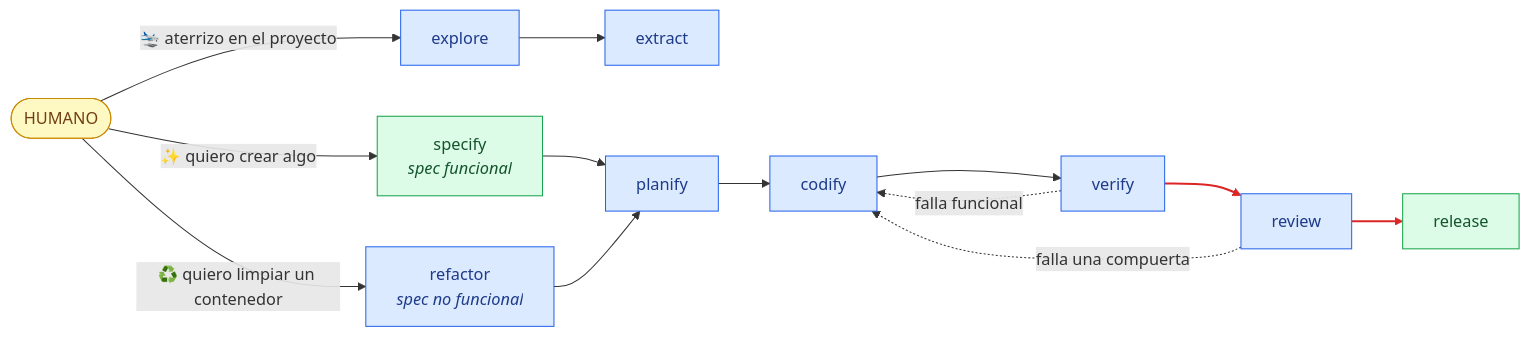
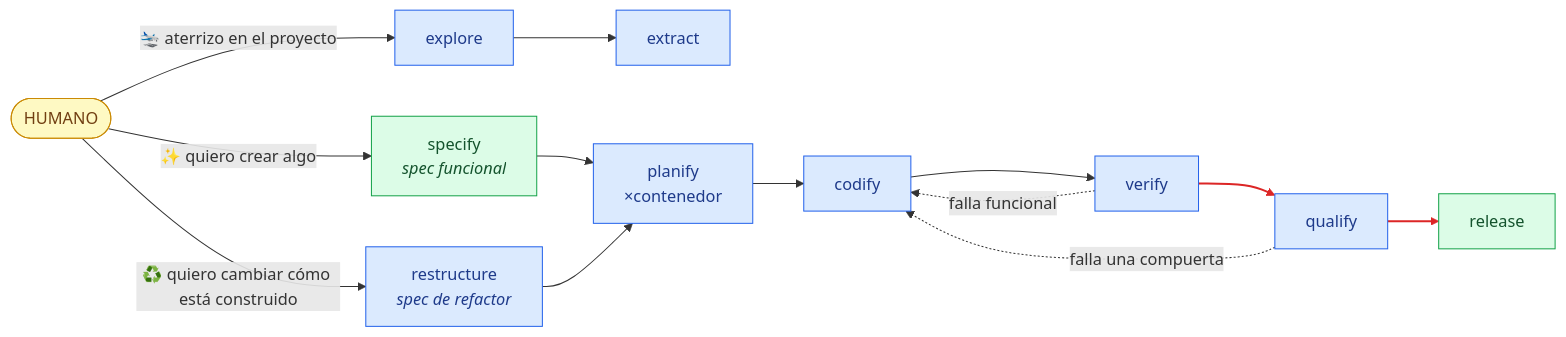
Before and after one commit to AIDDbot/AIDDbot: the diagram in docs/flujo-de-artefactos.md, drawn with Mermaid. The commit also changed other lines of this file and 5 other files, not shown here.

````diff
--- a/docs/flujo-de-artefactos.md
+++ b/docs/flujo-de-artefactos.md
@@ -10,23 +10,23 @@
 ```mermaid
 flowchart LR
   classDef neg fill:#dcfce7,stroke:#16a34a,color:#14532d
   classDef tec fill:#dbeafe,stroke:#2563eb,color:#1e3a8a
   classDef hum fill:#fef9c3,stroke:#ca8a04,color:#713f12
 
   HUM([HUMANO]):::hum
 
   EXP[explore]:::tec --> EXT[extract]:::tec
   HUM -->|"🛬 aterrizo en el proyecto"| EXP
 
   HUM -->|"✨ quiero crear algo"| SPC["specify<br/><i>spec funcional</i>"]:::neg
-  HUM -->|"♻️ quiero limpiar un contenedor"| REF["refactor<br/><i>spec no funcional</i>"]:::tec
+  HUM -->|"♻️ quiero cambiar cómo está construido"| REF["restructure<br/><i>spec de refactor</i>"]:::tec
 
-  SPC --> PLN[planify]:::tec
+  SPC --> PLN["planify<br/>×contenedor"]:::tec
   REF --> PLN
-  PLN --> COD[codify]:::tec --> VER[verify]:::tec --> REV[review]:::tec --> REL[release]:::neg
+  PLN --> COD[codify]:::tec --> VER[verify]:::tec --> QLF[qualify]:::tec --> REL[release]:::neg
 
   VER -.->|"falla funcional"| COD
-  REV -.->|"falla una compuerta"| COD
+  QLF -.->|"falla una compuerta"| COD
 
   linkStyle 8,9 stroke:#dc2626,color:#dc2626,stroke-width:2px
 ```
````
